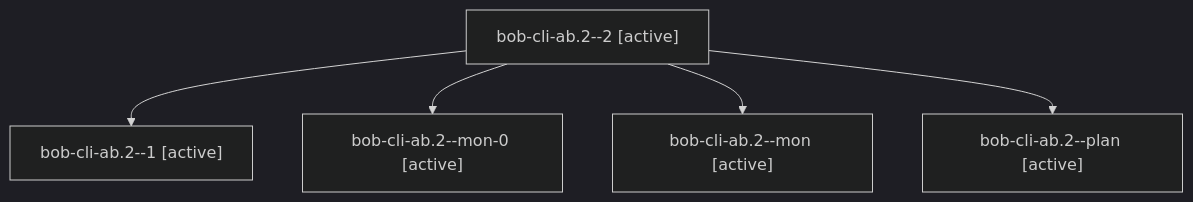
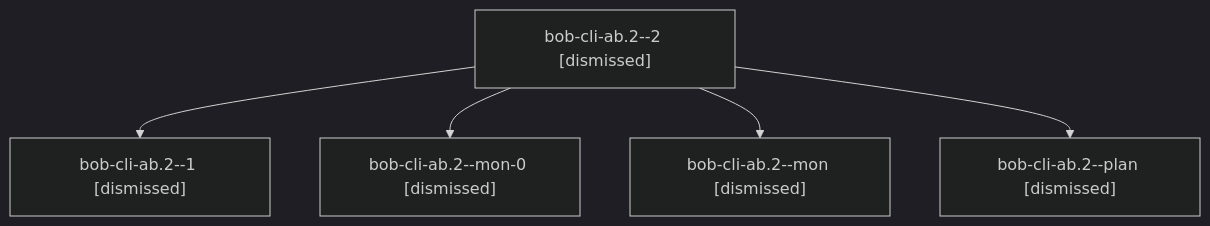
One commit to bobs-org/bob-cli--agents changed the diagram in sessions/bbugyi200.apollo.bob-cli-ab.2.md. Above: the diagram before and after it, drawn with Mermaid (dark theme). The commit also changed other lines of this file and 225 other files, not shown here.

````diff
--- a/sessions/bbugyi200.apollo.bob-cli-ab.2.md
+++ b/sessions/bbugyi200.apollo.bob-cli-ab.2.md
@@ -9,12 +9,12 @@
 ```mermaid
 flowchart TD
-  n0["bob-cli-ab.2--2 [active]"]
-  n1["bob-cli-ab.2--1 [active]"]
+  n0["bob-cli-ab.2--2 [dismissed]"]
+  n1["bob-cli-ab.2--1 [dismissed]"]
   n0 --> n1
-  n2["bob-cli-ab.2--mon-0 [active]"]
+  n2["bob-cli-ab.2--mon-0 [dismissed]"]
   n0 --> n2
-  n3["bob-cli-ab.2--mon [active]"]
+  n3["bob-cli-ab.2--mon [dismissed]"]
   n0 --> n3
-  n4["bob-cli-ab.2--plan [active]"]
+  n4["bob-cli-ab.2--plan [dismissed]"]
   n0 --> n4
 ```
````
